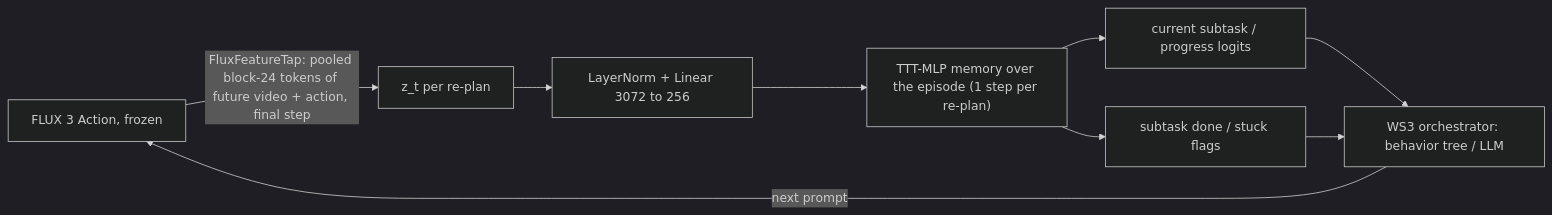
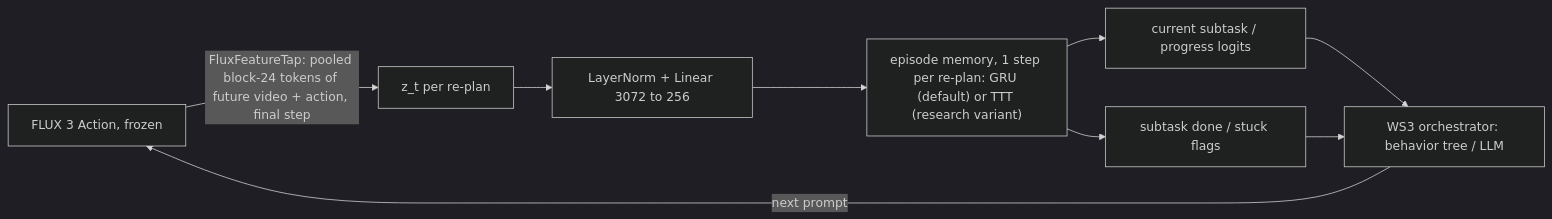
Before and after one commit to Javgilavi/liminal: the second of 3 diagrams in ws4/research/robottt_flux.md, drawn with Mermaid (dark theme). The commit also changed other lines of this file and 31 other files, not shown here.

Commit message:
ws4: add TTT feature extraction, 7B scale check and progress-memory results

````diff
--- a/ws4/research/robottt_flux.md
+++ b/ws4/research/robottt_flux.md
@@ -331,11 +353,11 @@
 ```mermaid
 flowchart LR
   flux[FLUX 3 Action, frozen] -->|"FluxFeatureTap: pooled block-24 tokens of future video + action, final step"| z[z_t per re-plan]
   z --> proj[LayerNorm + Linear 3072 to 256]
-  proj --> ttt["TTT-MLP memory over the episode (1 step per re-plan)"]
+  proj --> ttt["episode memory, 1 step per re-plan: GRU (default) or TTT (research variant)"]
   ttt --> stage[current subtask / progress logits]
   ttt --> done[subtask done / stuck flags]
   stage --> bt[WS3 orchestrator: behavior tree / LLM]
   done --> bt
   bt -->|next prompt| flux
 ```
````
